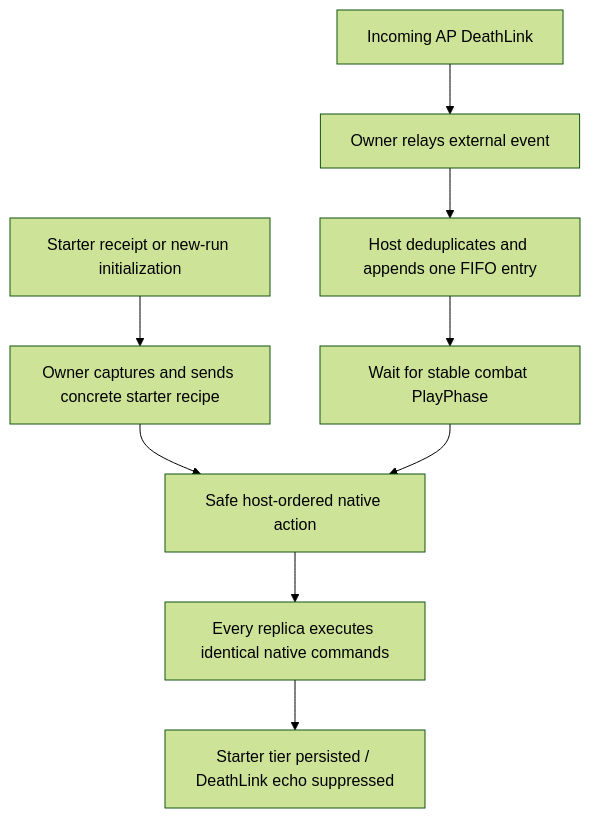
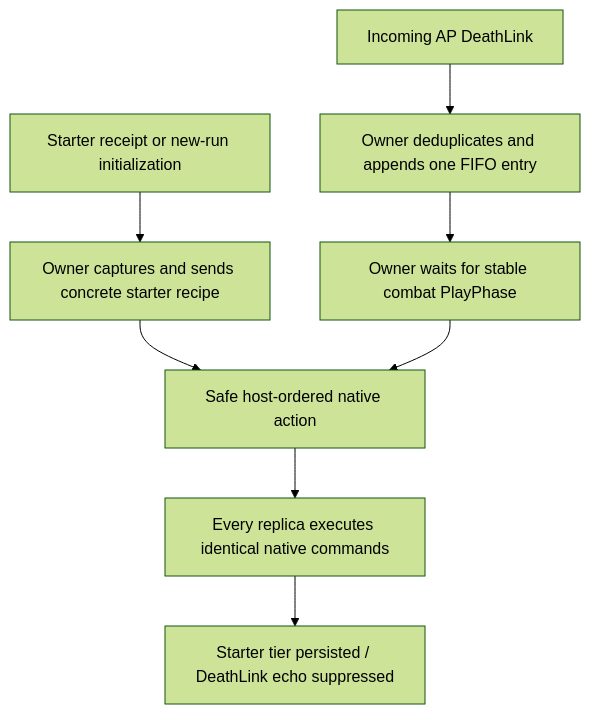
The eighth of 12 diagrams in docs/misc/multiplayer-sync-history-audit.md (Terairk/Slay-the-Spire-2-Archipelago), drawn with Mermaid (forest theme) before and after one commit. The commit also changed other lines of this file and 4 other files, not shown here.

````diff
--- a/docs/misc/multiplayer-sync-history-audit.md
+++ b/docs/misc/multiplayer-sync-history-audit.md
@@ -315,11 +315,10 @@
 ```mermaid
 flowchart TD
     A[Starter receipt or new-run initialization] --> B[Owner captures and sends concrete starter recipe]
-    C[Incoming AP DeathLink] --> D[Owner relays external event]
-    D --> E[Host deduplicates and appends one FIFO entry]
+    C[Incoming AP DeathLink] --> D[Owner deduplicates and appends one FIFO entry]
     B --> F[Safe host-ordered native action]
-    E --> Q[Wait for stable combat PlayPhase]
+    D --> Q[Owner waits for stable combat PlayPhase]
     Q --> F
     F --> G[Every replica executes identical native commands]
     G --> H[Starter tier persisted / DeathLink echo suppressed]
 ```
````
